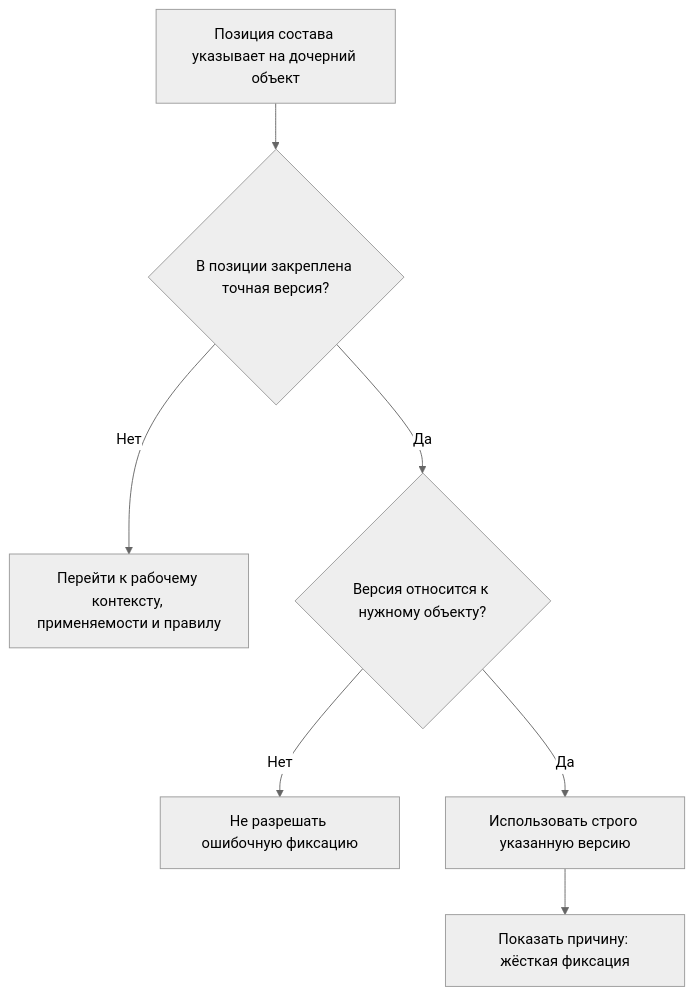
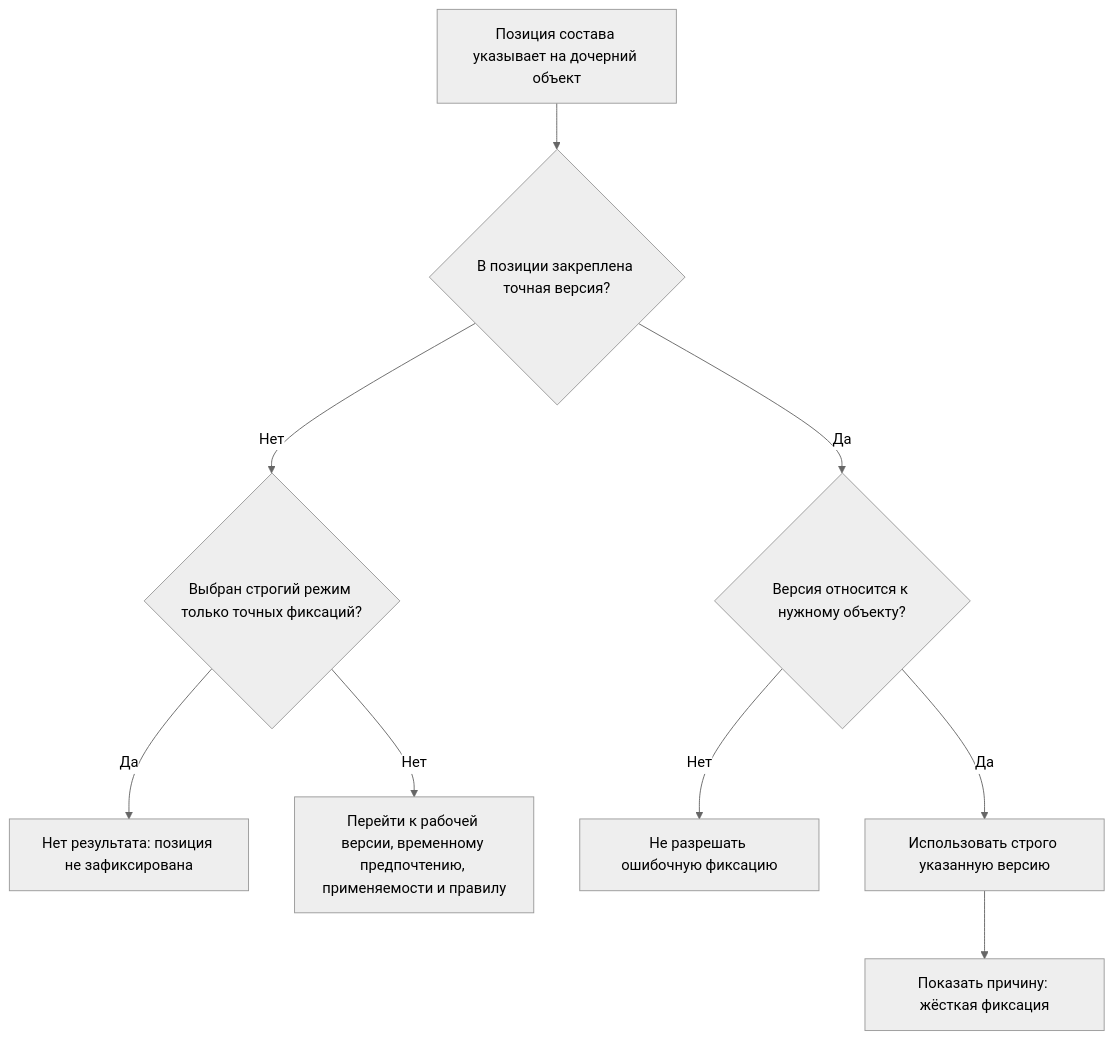
The diagram in wiki/Selection-exact-fixation.md (ZelAnton/Interlink-product-book), drawn with Mermaid (neutral theme) before and after one commit. The commit also changed other lines of this file and 67 other files, not shown here.

````diff
--- a/wiki/Selection-exact-fixation.md
+++ b/wiki/Selection-exact-fixation.md
@@ -45,9 +49,11 @@
 ```mermaid
 flowchart TD
     A["Позиция состава указывает на дочерний объект"] --> B{"В позиции закреплена точная версия?"}
-    B -->|Нет| C["Перейти к рабочему контексту, применяемости и правилу"]
+    B -->|Нет| C{"Выбран строгий режим только точных фиксаций?"}
+    C -->|"Да"| H["Нет результата: позиция не зафиксирована"]
+    C -->|"Нет"| I["Перейти к рабочей версии, временному предпочтению, применяемости и правилу"]
     B -->|Да| D{"Версия относится к нужному объекту?"}
     D -->|Нет| E["Не разрешать ошибочную фиксацию"]
     D -->|Да| F["Использовать строго указанную версию"]
     F --> G["Показать причину: жёсткая фиксация"]
 ```
````
